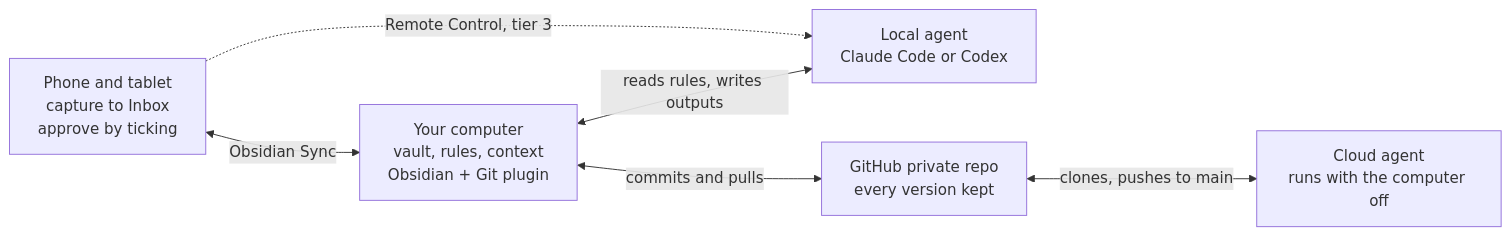
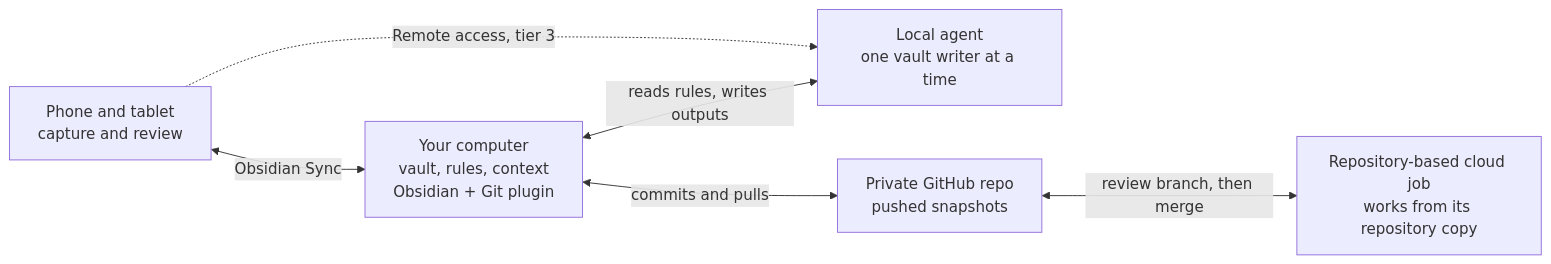
The diagram in docs/03-architecture.md (rahu-protocol/chief-of-staff-agent), drawn with Mermaid before and after one commit. The commit also changed other lines of this file and 30 other files, not shown here.

````diff
--- a/docs/03-architecture.md
+++ b/docs/03-architecture.md
@@ -19,13 +19,13 @@
 ```mermaid
 flowchart LR
-    phone["Phone and tablet<br/>capture to Inbox<br/>approve by ticking"]
+    phone["Phone and tablet<br/>capture and review"]
     pc["Your computer<br/>vault, rules, context<br/>Obsidian + Git plugin"]
-    local["Local agent<br/>Claude Code or Codex"]
-    gh["GitHub private repo<br/>every version kept"]
-    cloud["Cloud agent<br/>runs with the computer off"]
+    local["Local agent<br/>one vault writer at a time"]
+    gh["Private GitHub repo<br/>pushed snapshots"]
+    cloud["Repository-based cloud job<br/>works from its repository copy"]
     phone <-->|Obsidian Sync| pc
     pc <-->|reads rules, writes outputs| local
     pc <-->|commits and pulls| gh
-    gh <-->|clones, pushes to main| cloud
-    phone -.->|Remote Control, tier 3| local
+    gh <-->|review branch, then merge| cloud
+    phone -.->|Remote access, tier 3| local
 ```
````
